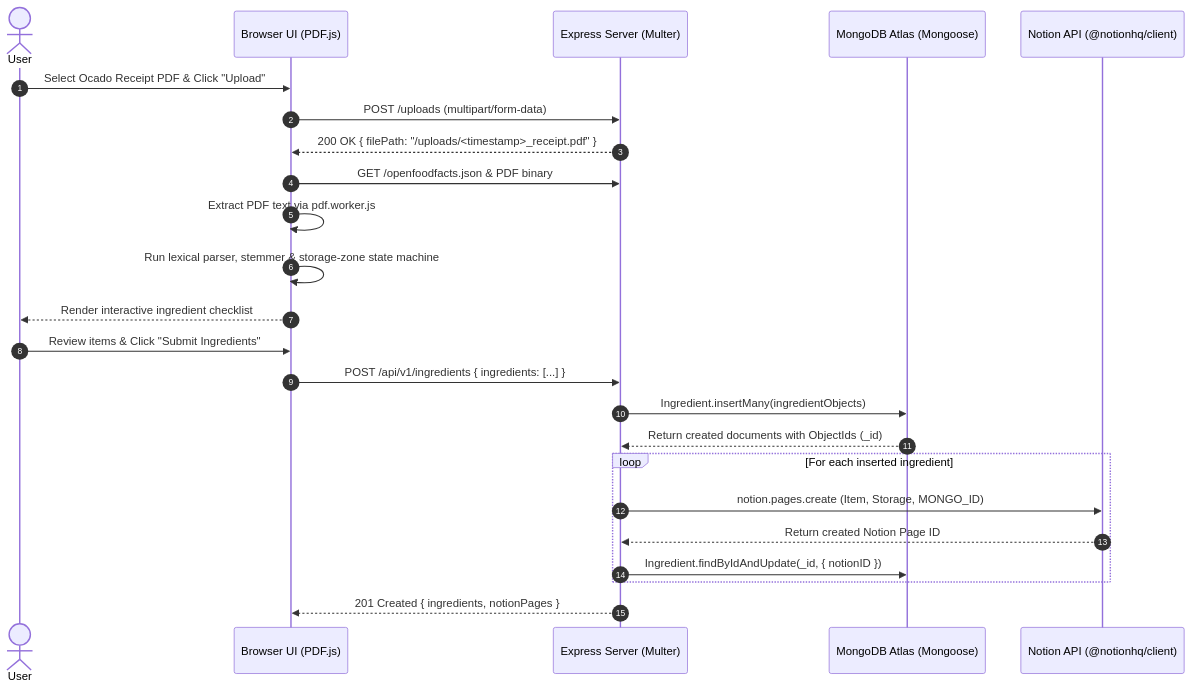
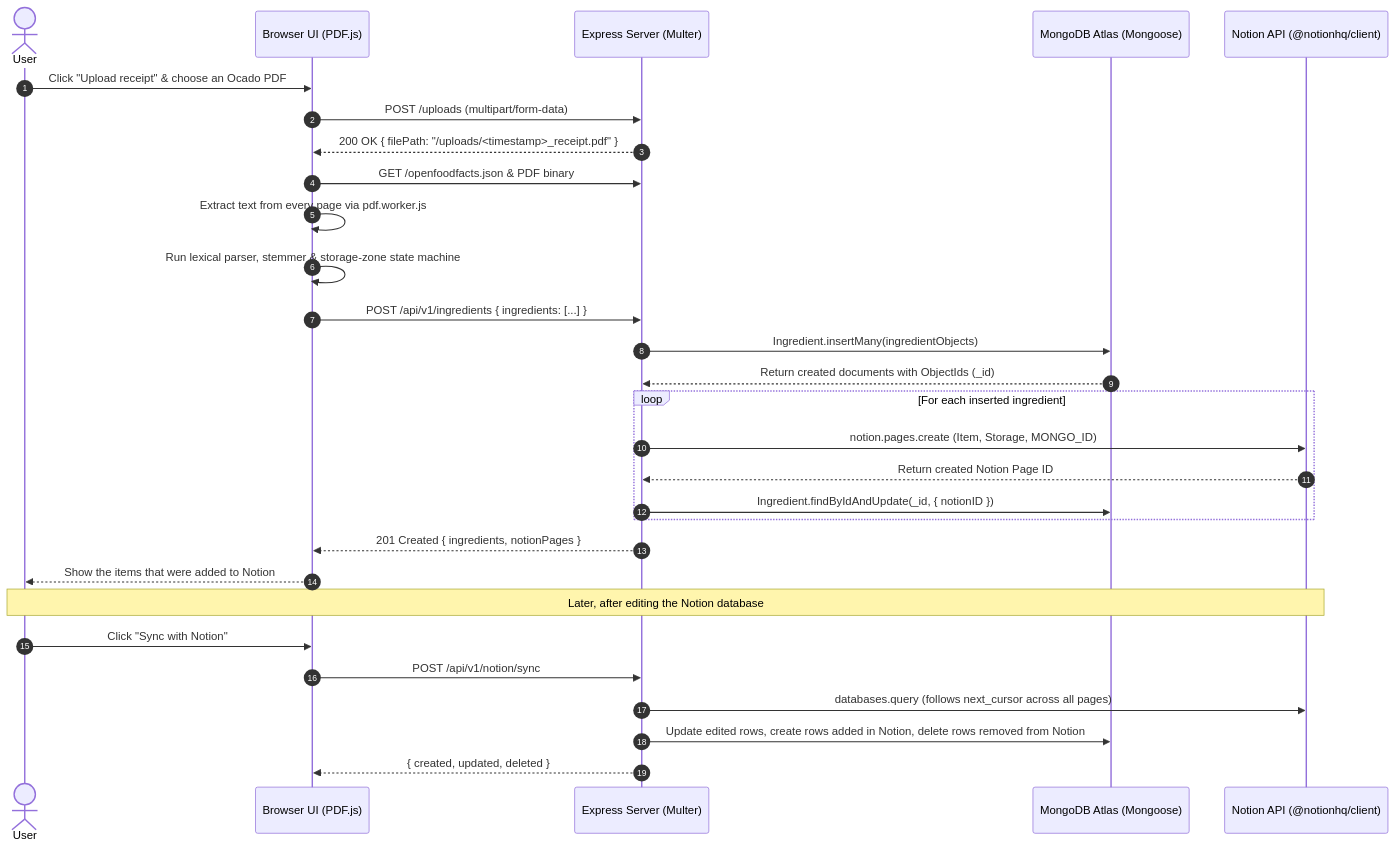
The diagram in README.md (MattGaarder/ocado-helper), drawn with Mermaid before and after one commit. The commit also changed other lines of this file and 4 other files, not shown here.

````diff
--- a/README.md
+++ b/README.md
@@ -38,27 +39,33 @@
 ```mermaid
 sequenceDiagram
     autonumber
     actor User
     participant UI as Browser UI (PDF.js)
     participant API as Express Server (Multer)
     participant Mongo as MongoDB Atlas (Mongoose)
     participant Notion as Notion API (@notionhq/client)
 
-    User->>UI: Select Ocado Receipt PDF & Click "Upload"
+    User->>UI: Click "Upload receipt" & choose an Ocado PDF
     UI->>API: POST /uploads (multipart/form-data)
     API-->>UI: 200 OK { filePath: "/uploads/<timestamp>_receipt.pdf" }
     UI->>API: GET /openfoodfacts.json & PDF binary
-    UI->>UI: Extract PDF text via pdf.worker.js
+    UI->>UI: Extract text from every page via pdf.worker.js
     UI->>UI: Run lexical parser, stemmer & storage-zone state machine
-    UI-->>User: Render interactive ingredient checklist
-    User->>UI: Review items & Click "Submit Ingredients"
     UI->>API: POST /api/v1/ingredients { ingredients: [...] }
     API->>Mongo: Ingredient.insertMany(ingredientObjects)
     Mongo-->>API: Return created documents with ObjectIds (_id)
     loop For each inserted ingredient
         API->>Notion: notion.pages.create (Item, Storage, MONGO_ID)
         Notion-->>API: Return created Notion Page ID
         API->>Mongo: Ingredient.findByIdAndUpdate(_id, { notionID })
     end
     API-->>UI: 201 Created { ingredients, notionPages }
+    UI-->>User: Show the items that were added to Notion
+
+    Note over User,Notion: Later, after editing the Notion database
+    User->>UI: Click "Sync with Notion"
+    UI->>API: POST /api/v1/notion/sync
+    API->>Notion: databases.query (follows next_cursor across all pages)
+    API->>Mongo: Update edited rows, create rows added in Notion, delete rows removed from Notion
+    API-->>UI: { created, updated, deleted }
 ```
````
